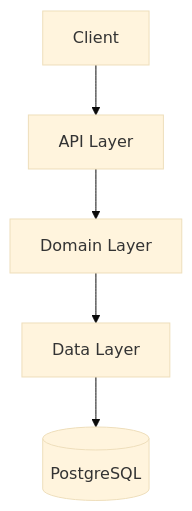
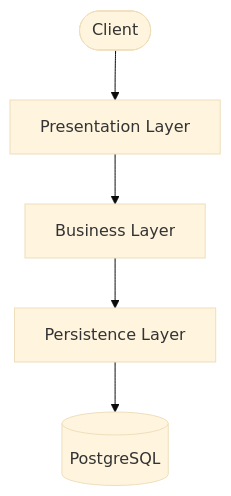
One commit to trandangduat/KTPM-TEAM-14 changed the first of 2 diagrams in README.md. Above: the diagram before and after it, drawn with Mermaid (base theme). The commit also changed other lines of this file, not shown here.

````diff
--- a/README.md
+++ b/README.md
@@ -23,7 +26,7 @@
 ```mermaid
 flowchart TD
-    Client["Client"] --> API["API Layer"]
-    API --> Domain["Domain Layer"]
-    Domain --> Infra["Data Layer"]
-    Infra --> DB[("PostgreSQL")]
+    Client(["Client"]) --> Presentation["Presentation Layer"]
+    Presentation --> Business["Business Layer"]
+    Business --> Persistence["Persistence Layer"]
+    Persistence --> DB[("PostgreSQL")]
 ```
````
